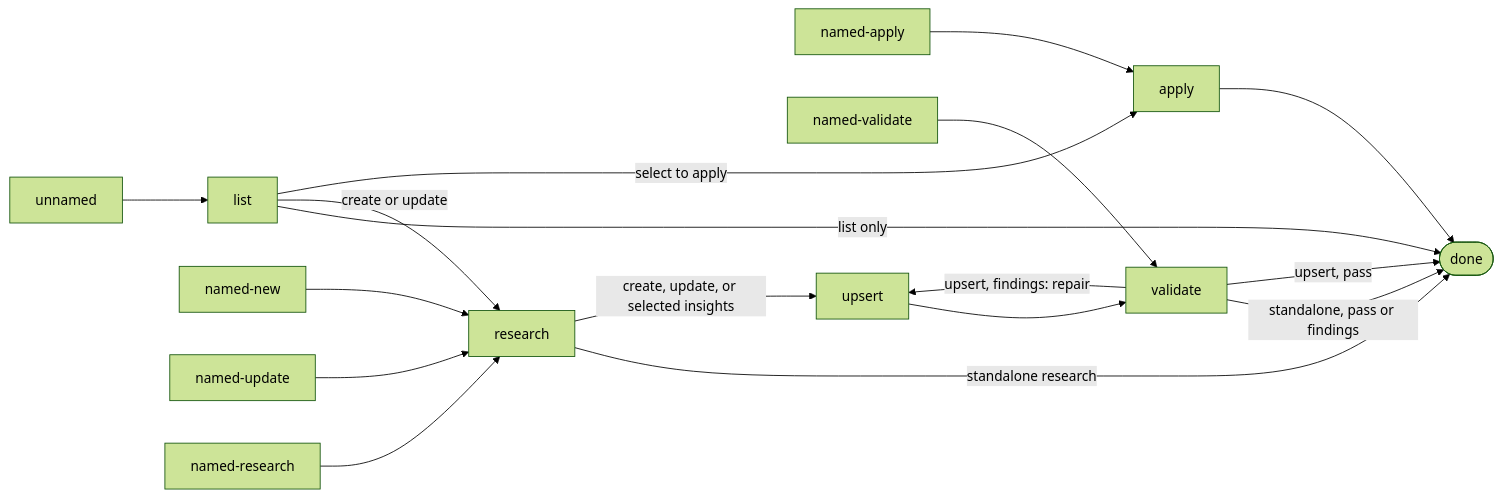
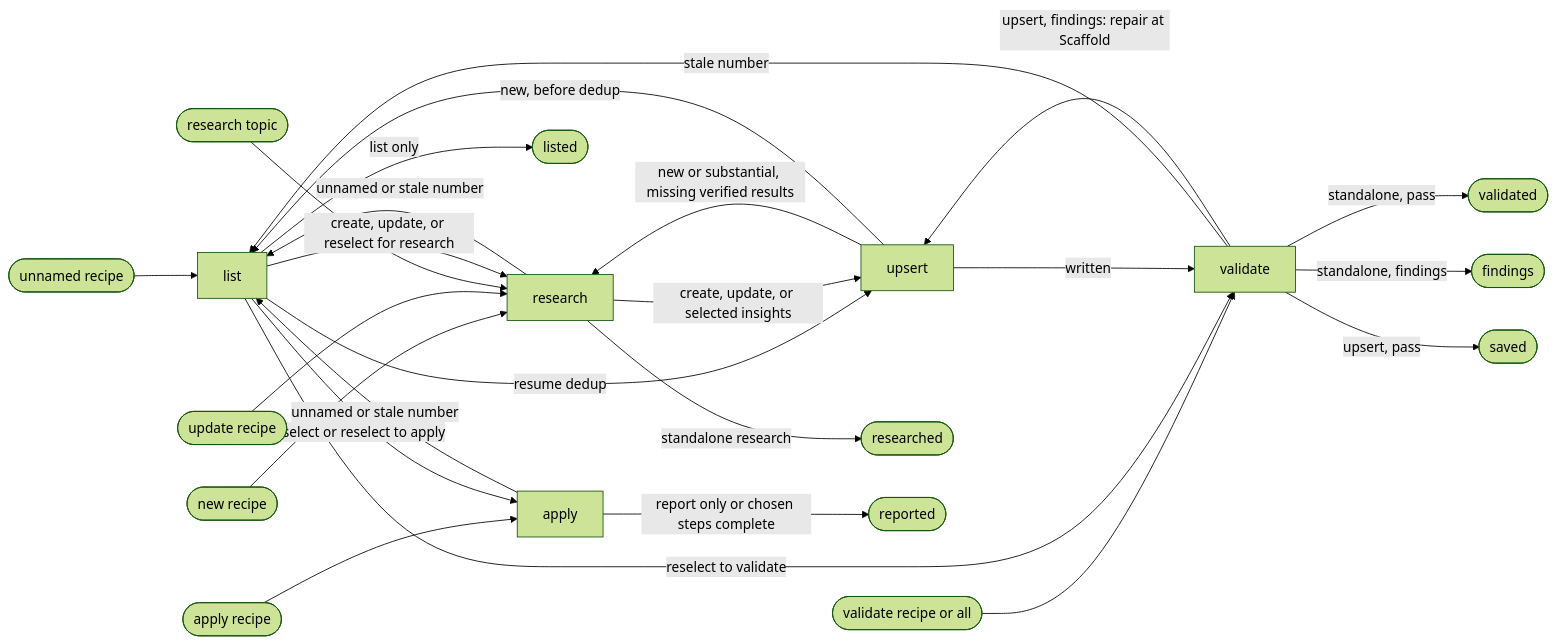
Before and after one commit to ai-driven-dev/framework: the diagram in plugins/aidd-context/skills/12-cook/SKILL.md, drawn with Mermaid (forest theme). The commit also changed other lines of this file and 5 other files, not shown here.

````diff
--- a/plugins/aidd-context/skills/12-cook/SKILL.md
+++ b/plugins/aidd-context/skills/12-cook/SKILL.md
@@ -9,19 +9,27 @@
 ```mermaid
 flowchart LR
-    unnamed --> list
-    named-new --> research
-    named-update --> research
-    named-research --> research
-    named-apply --> apply
-    named-validate --> validate
-    list -->|list only| done([done])
-    list -->|create or update| research
-    list -->|select to apply| apply
-    research -->|standalone research| done
+    unnamed([unnamed recipe]) --> list
+    named-new([new recipe]) --> research
+    named-update([update recipe]) --> research
+    named-research([research topic]) --> research
+    named-apply([apply recipe]) --> apply
+    named-validate([validate recipe or all]) --> validate
+    list -->|list only| listed([listed])
+    list -->|create, update, or reselect for research| research
+    list -->|select or reselect to apply| apply
+    list -->|resume dedup| upsert
+    list -->|reselect to validate| validate
+    research -->|unnamed or stale number| list
+    research -->|standalone research| researched([researched])
     research -->|create, update, or selected insights| upsert
-    upsert --> validate
-    validate -->|standalone, pass or findings| done
-    validate -->|upsert, pass| done
-    validate -->|upsert, findings: repair| upsert
-    apply --> done
+    upsert -->|new or substantial, missing verified results| research
+    upsert -->|new, before dedup| list
+    upsert -->|written| validate
+    validate -->|stale number| list
+    validate -->|standalone, pass| validated([validated])
+    validate -->|standalone, findings| findings([findings])
+    validate -->|upsert, pass| saved([saved])
+    validate -->|upsert, findings: repair at Scaffold| upsert
+    apply -->|unnamed or stale number| list
+    apply -->|report only or chosen steps complete| reported([reported])
 ```
````
